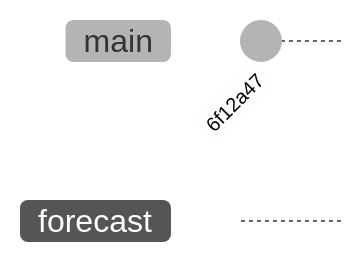
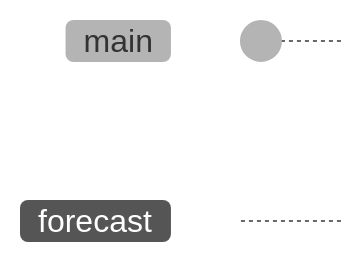
Before and after one commit to astroDimitrios/git-novice: the third of 3 diagrams in 09-branches.md, drawn with Mermaid (neutral theme). The commit also changed other lines of this file and 1 other file, not shown here.

Commit message:
markdown source builds
Auto-generated via `{sandpaper}`
Source  : ce5374484dbbda8d2008cdae00b81802390dcbe0
Branch  : main
Author  : Dimitrios Theodorakis <astrodimitrios@gmail.com>
Time    : 2025-01-22 13:42:08 +0000
Message : #118 Update 09-branches.md

Adds config to the mermaid images so no commit ids are shown when rendered with Quarto.

````diff
--- a/09-branches.md
+++ b/09-branches.md
@@ -175,6 +180,11 @@
 ```mermaid
+---
+config:
+  gitGraph:
+    showCommitLabel: false
+---
     gitGraph
         accDescr {A Git graph showing the root-commit on the main branch and a new forecast branch with no commits.}
         commit id: '6f12a47'
         branch forecast
 ```
````
